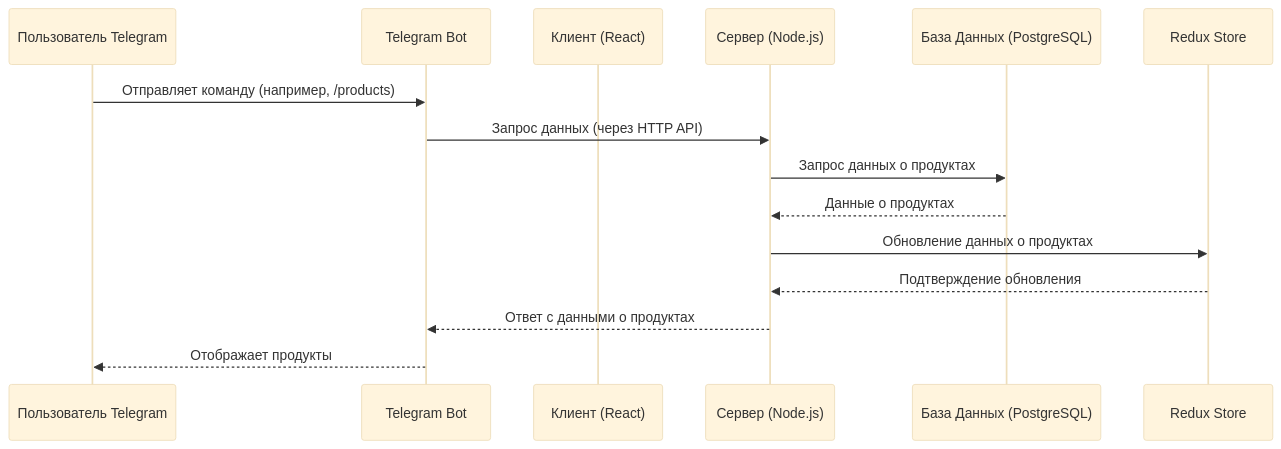
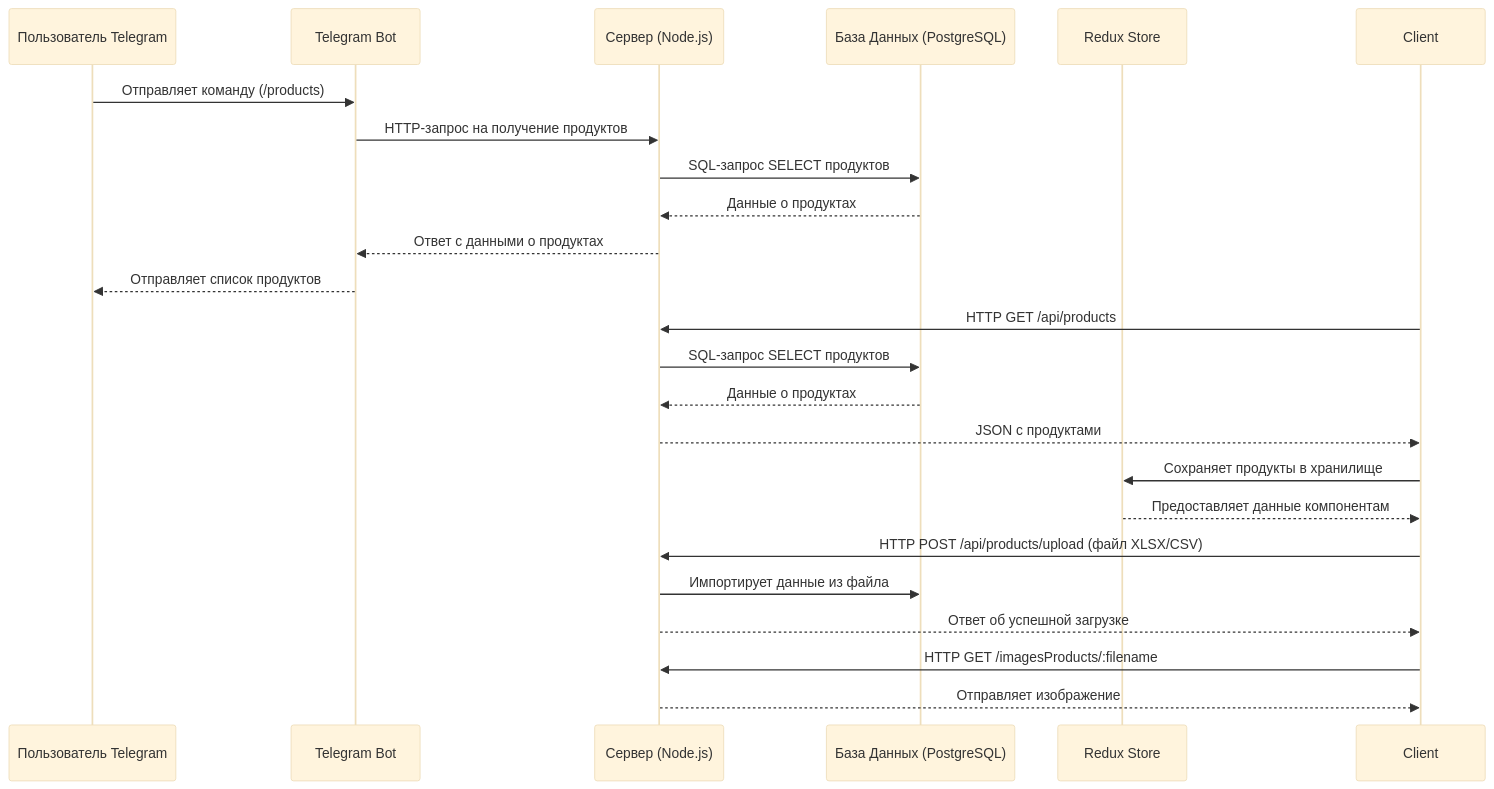
Before and after one commit to programmer-alt/botTelegrammShopTurkey: the diagram in mermaid.mmd, drawn with Mermaid (base theme).

Commit message:
Improve mermaid diagram with detailed flow sequences

```diff
--- a/mermaid.mmd
+++ b/mermaid.mmd
@@ -1,17 +1,32 @@
 sequenceDiagram
-    participant Пользователь Telegram
-    participant Telegram Bot
-    participant Клиент (React)
-    participant Сервер (Node.js)
-    participant База Данных (PostgreSQL)
-    participant Redux Store
+    %% --- Взаимодействие Telegram-пользователя с ботом ---
+    participant User as Пользователь Telegram
+    participant Bot as Telegram Bot
+    participant Server as Сервер (Node.js)
+    participant DB as База Данных (PostgreSQL)
+    participant Redux as Redux Store
 
-    %% Загрузка данных о продуктах (из БД -> Redux)
-    Пользователь Telegram->>Telegram Bot: Отправляет команду (например, /products)
-    Telegram Bot->>Сервер (Node.js): Запрос данных (через HTTP API)
-    Сервер (Node.js)->>База Данных (PostgreSQL): Запрос данных о продуктах
-    База Данных (PostgreSQL)-->>Сервер (Node.js): Данные о продуктах
-    Сервер (Node.js)->>Redux Store: Обновление данных о продуктах
-    Redux Store-->>Сервер (Node.js): Подтверждение обновления
-    Сервер (Node.js)-->>Telegram Bot: Ответ с данными о продуктах
-    Telegram Bot-->>Пользователь Telegram: Отображает продукты
+    %% Telegram user flow
+    User->>Bot: Отправляет команду (/products)
+    Bot->>Server: HTTP-запрос на получение продуктов
+    Server->>DB: SQL-запрос SELECT продуктов
+    DB-->>Server: Данные о продуктах
+    Server-->>Bot: Ответ с данными о продуктах
+    Bot-->>User: Отправляет список продуктов
+
+    %% React client flow
+    Client->>Server: HTTP GET /api/products
+    Server->>DB: SQL-запрос SELECT продуктов
+    DB-->>Server: Данные о продуктах
+    Server-->>Client: JSON с продуктами
+    Client->>Redux: Сохраняет продукты в хранилище
+    Redux-->>Client: Предоставляет данные компонентам
+
+    %% Загрузка файла с продуктами через клиент
+    Client->>Server: HTTP POST /api/products/upload (файл XLSX/CSV)
+    Server->>DB: Импортирует данные из файла
+    Server-->>Client: Ответ об успешной загрузке
+
+    %% Получение изображений продуктов
+    Client->>Server: HTTP GET /imagesProducts/:filename
+    Server-->>Client: Отправляет изображение
```
